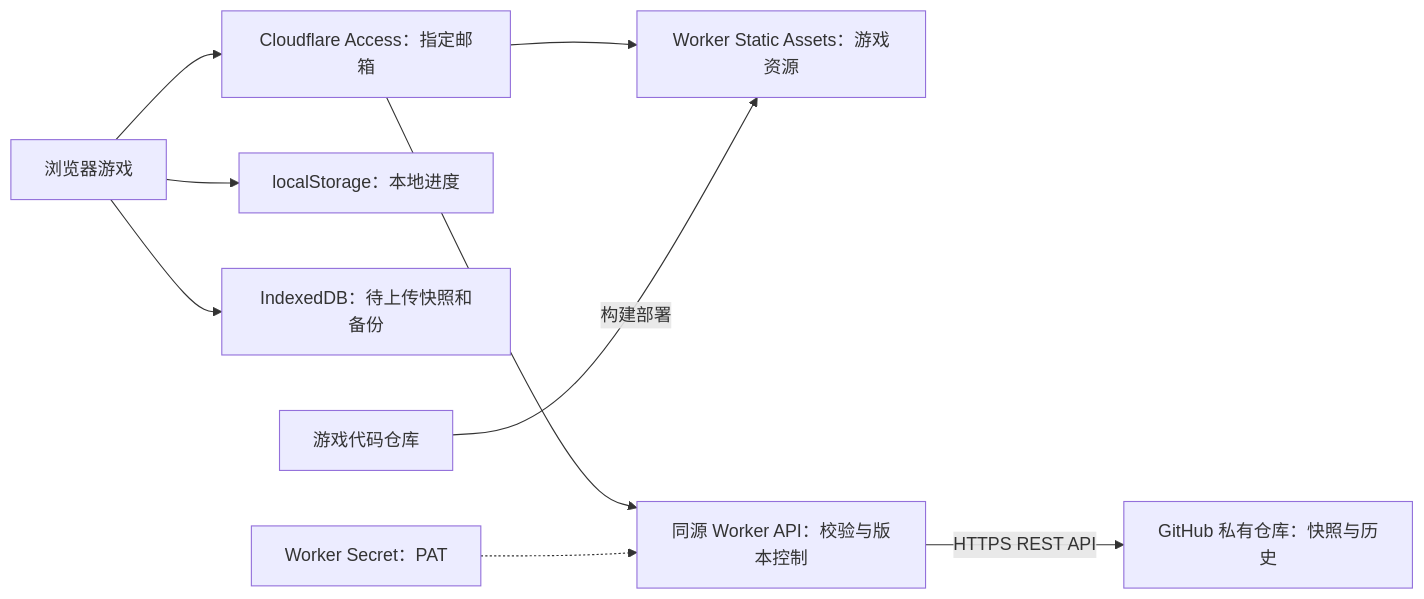
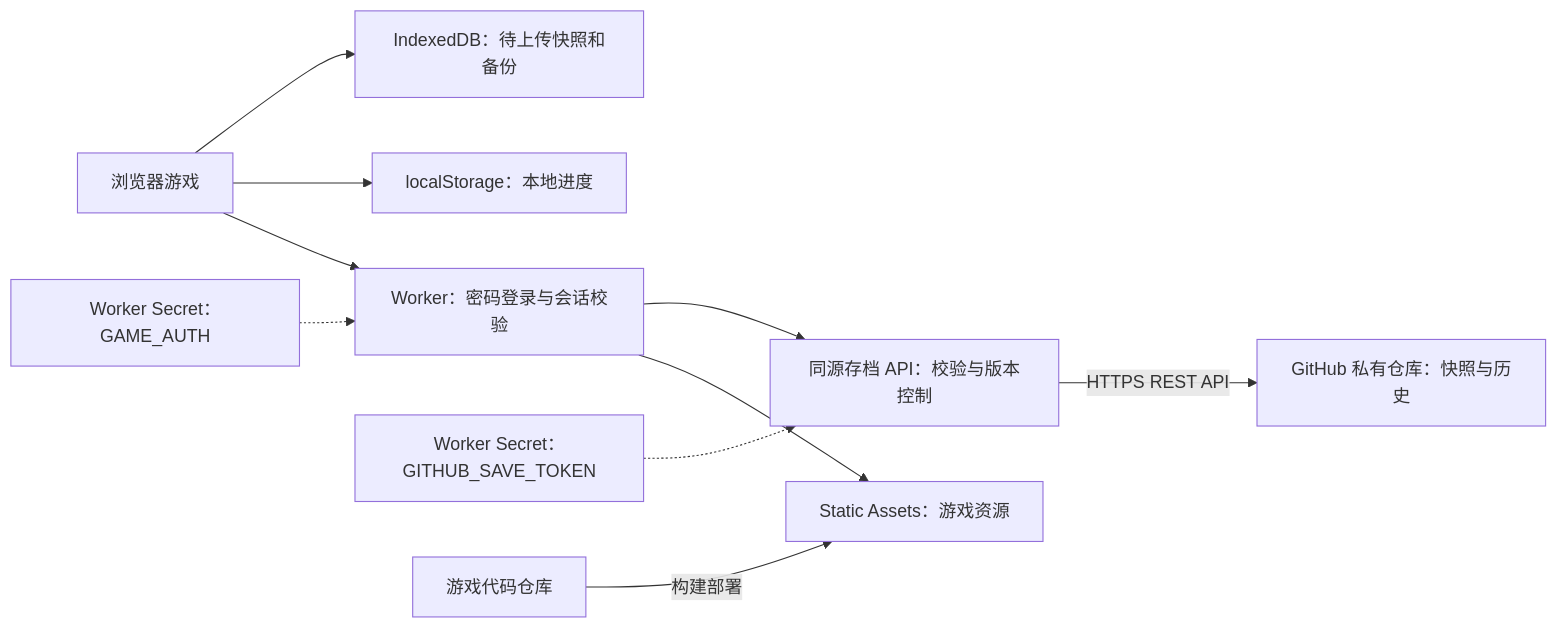
One commit to sGgz/pokeclicker changed the second of 3 diagrams in design/cloud-save-design.md. Above: the diagram before and after it, drawn with Mermaid. The commit also changed other lines of this file and 17 other files, not shown here.

Commit message:
feat: replace Access gate with private game password login

````diff
--- a/design/cloud-save-design.md
+++ b/design/cloud-save-design.md
@@ -115,11 +116,12 @@
 ```mermaid
 flowchart LR
-    B[浏览器游戏] --> A[Cloudflare Access：指定邮箱]
-    A --> S[Worker Static Assets：游戏资源]
-    A --> W[同源 Worker API：校验与版本控制]
+    B[浏览器游戏] --> A[Worker：密码登录与会话校验]
+    A --> S[Static Assets：游戏资源]
+    A --> W[同源存档 API：校验与版本控制]
     B --> L[localStorage：本地进度]
     B --> Q[IndexedDB：待上传快照和备份]
     W -->|HTTPS REST API| G[GitHub 私有仓库：快照与历史]
-    K[Worker Secret：PAT] -.-> W
+    K[Worker Secret：GITHUB_SAVE_TOKEN] -.-> W
+    P[Worker Secret：GAME_AUTH] -.-> A
     C[游戏代码仓库] -->|构建部署| S
 ```
````
